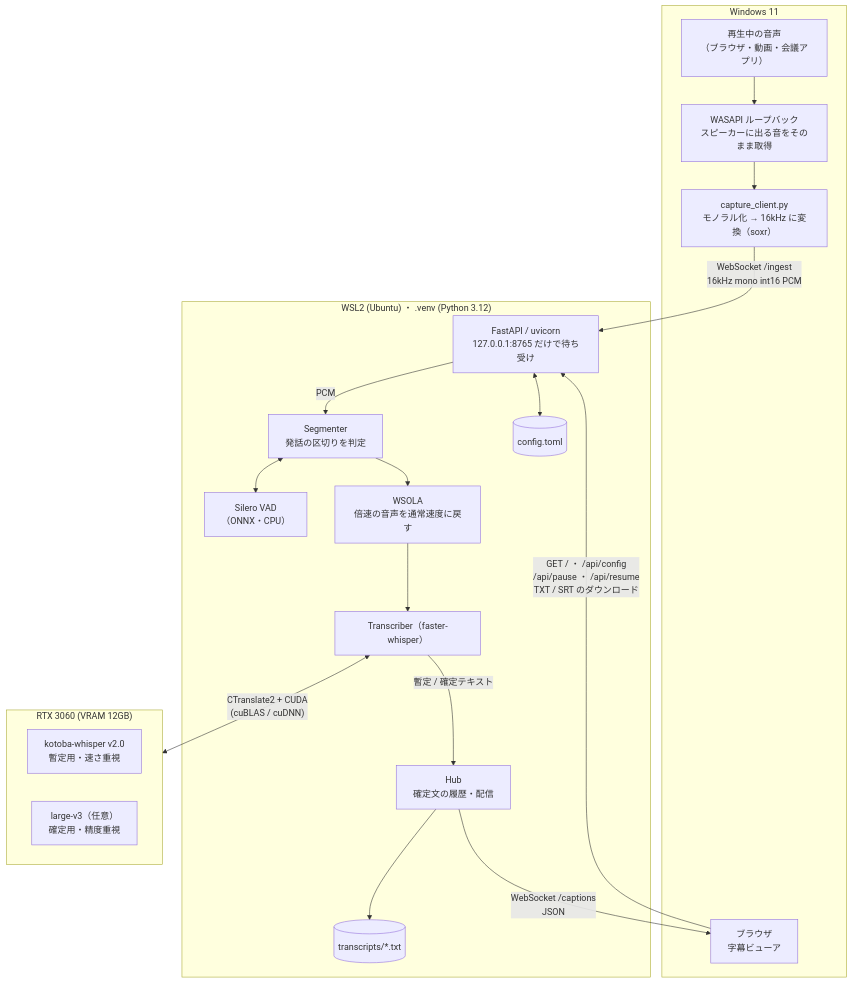
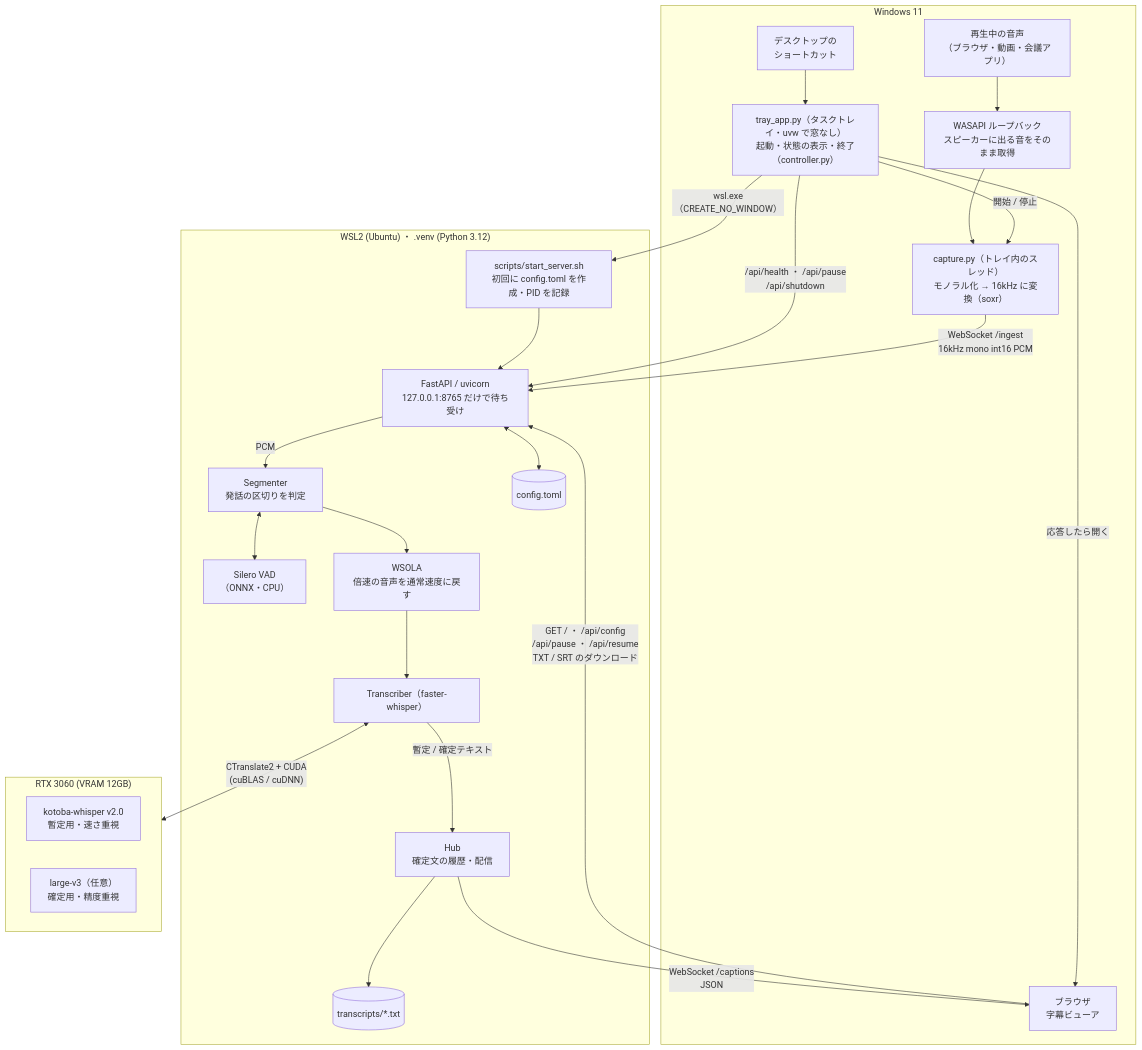
Before and after one commit to thetasnufkin/realtime-transcriber: the first of 4 diagrams in docs/architecture.md, drawn with Mermaid. The commit also changed other lines of this file and 1 other file, not shown here.

````diff
--- a/docs/architecture.md
+++ b/docs/architecture.md
@@ -11,38 +12,46 @@
 ```mermaid
 flowchart TB
     subgraph WIN["Windows 11"]
+        LNK["デスクトップの<br/>ショートカット"]
+        TRAY["tray_app.py（タスクトレイ・uvw で窓なし）<br/>起動・状態の表示・終了（controller.py）"]
         SRC["再生中の音声<br/>（ブラウザ・動画・会議アプリ）"]
         LOOP["WASAPI ループバック<br/>スピーカーに出る音をそのまま取得"]
-        CAP["capture_client.py<br/>モノラル化 → 16kHz に変換（soxr）"]
+        CAP["capture.py（トレイ内のスレッド）<br/>モノラル化 → 16kHz に変換（soxr）"]
         VIEW["ブラウザ<br/>字幕ビューア"]
+        LNK --> TRAY
         SRC --> LOOP --> CAP
+        TRAY -- "開始 / 停止" --> CAP
+        TRAY -- "応答したら開く" --> VIEW
     end
 
     subgraph WSL["WSL2 (Ubuntu) ・ .venv (Python 3.12)"]
         API["FastAPI / uvicorn<br/>127.0.0.1:8765 だけで待ち受け"]
         SEG["Segmenter<br/>発話の区切りを判定"]
         VAD["Silero VAD<br/>（ONNX・CPU）"]
         TSM["WSOLA<br/>倍速の音声を通常速度に戻す"]
         TR["Transcriber（faster-whisper）"]
         HUB["Hub<br/>確定文の履歴・配信"]
         CFG[("config.toml")]
         OUT[("transcripts/*.txt")]
 
         API -- "PCM" --> SEG
         SEG <--> VAD
         SEG --> TSM --> TR
         TR -- "暫定 / 確定テキスト" --> HUB
         HUB --> OUT
         API <--> CFG
+        SH["scripts/start_server.sh<br/>初回に config.toml を作成・PID を記録"] --> API
     end
 
     subgraph GPU["RTX 3060 (VRAM 12GB)"]
         M1["kotoba-whisper v2.0<br/>暫定用・速さ重視"]
         M2["large-v3（任意）<br/>確定用・精度重視"]
     end
 
+    TRAY -- "wsl.exe（CREATE_NO_WINDOW）" --> SH
+    TRAY -- "/api/health ・ /api/pause<br/>/api/shutdown" --> API
     CAP -- "WebSocket /ingest<br/>16kHz mono int16 PCM" --> API
     TR <-- "CTranslate2 + CUDA<br/>(cuBLAS / cuDNN)" --> GPU
     HUB -- "WebSocket /captions<br/>JSON" --> VIEW
     VIEW -- "GET / ・ /api/config<br/>/api/pause ・ /api/resume<br/>TXT / SRT のダウンロード" --> API
 ```
````
